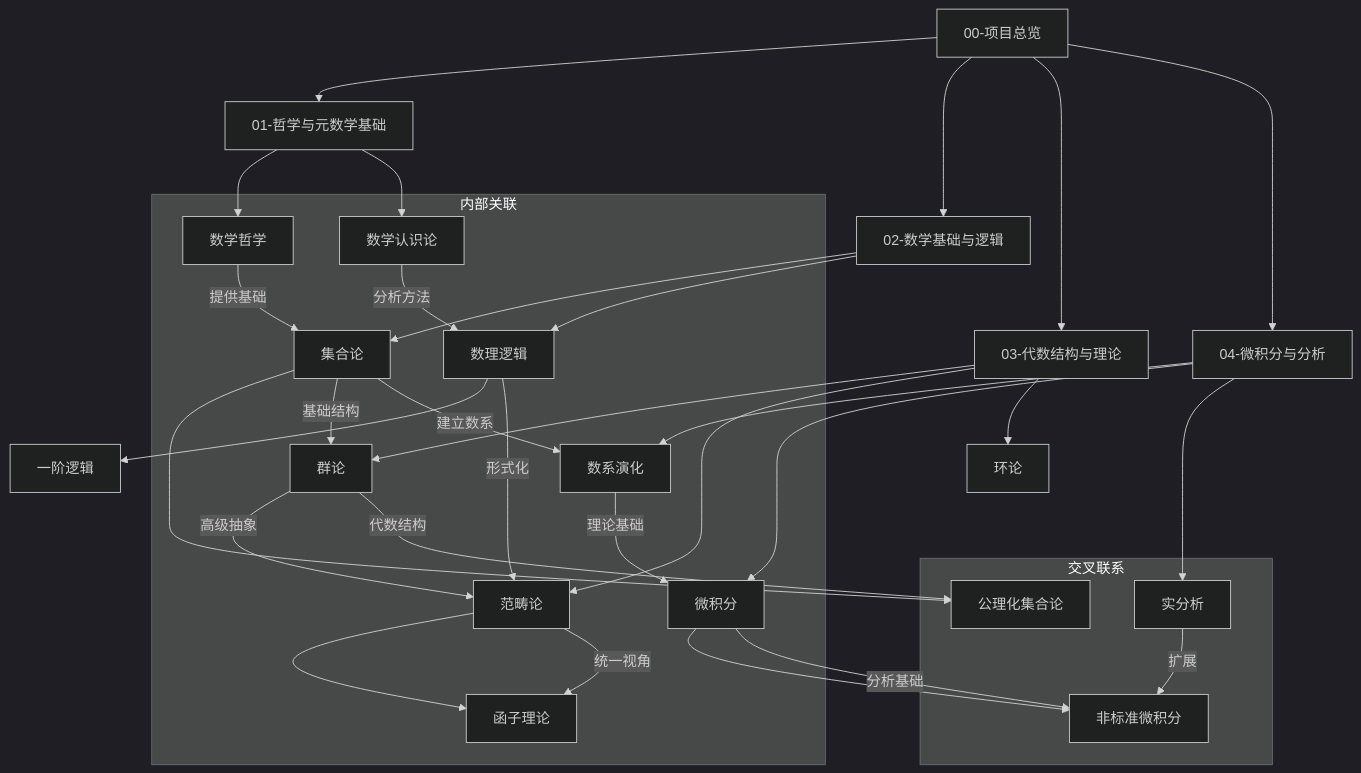
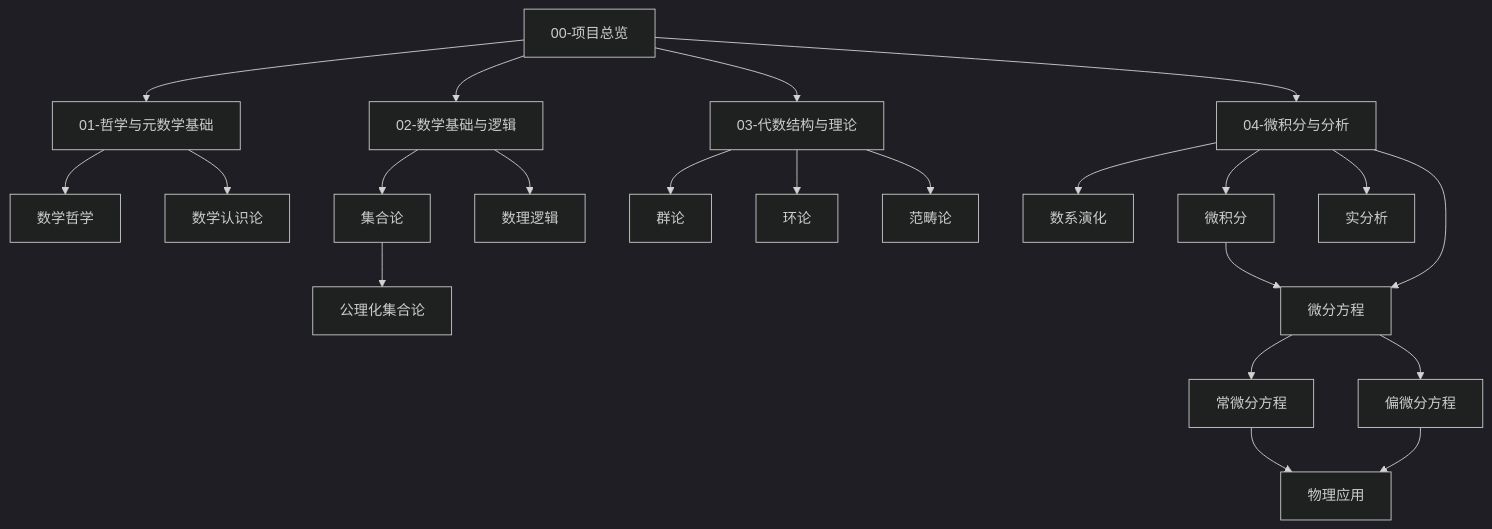
The fourth of 4 diagrams in Math/Refactor/00-项目总览/02-知识图谱.md (AdaMartin18010/Mathematics), drawn with Mermaid (dark theme) before and after one commit. The commit also changed other lines of this file and 17 other files, not shown here.

````diff
--- a/Math/Refactor/00-项目总览/02-知识图谱.md
+++ b/Math/Refactor/00-项目总览/02-知识图谱.md
@@ -184,38 +247,24 @@
 ```mermaid
 graph TD
     A[00-项目总览] --> B[01-哲学与元数学基础]
     A --> C[02-数学基础与逻辑]
     A --> D[03-代数结构与理论]
     A --> E[04-微积分与分析]
     B --> F[数学哲学]
     B --> G[数学认识论]
     C --> H[集合论]
     C --> I[数理逻辑]
     D --> J[群论]
     D --> K[环论]
     D --> L[范畴论]
     E --> M[数系演化]
     E --> N[微积分]
     E --> O[实分析]
-    H --> P[公理化集合论]
-    I --> Q[一阶逻辑]
-    L --> R[函子理论]
-    N --> S[非标准微积分]
-    
-    subgraph "内部关联"
-        F -- "提供基础" --> H
-        G -- "分析方法" --> I
-        H -- "基础结构" --> J
-        J -- "高级抽象" --> L
-        H -- "建立数系" --> M
-        M -- "理论基础" --> N
-        L -- "统一视角" --> R
-    end
-    
-    subgraph "交叉联系"
-        J -- "代数结构" --> P
-        I -- "形式化" --> L
-        N -- "分析基础" --> S
-        O -- "扩展" --> S
-    end
+    E --> P[微分方程]
+    H --> Q[公理化集合论]
+    N --> P
+    P --> R[常微分方程]
+    P --> S[偏微分方程]
+    R --> T[物理应用]
+    S --> T
 ```
````
